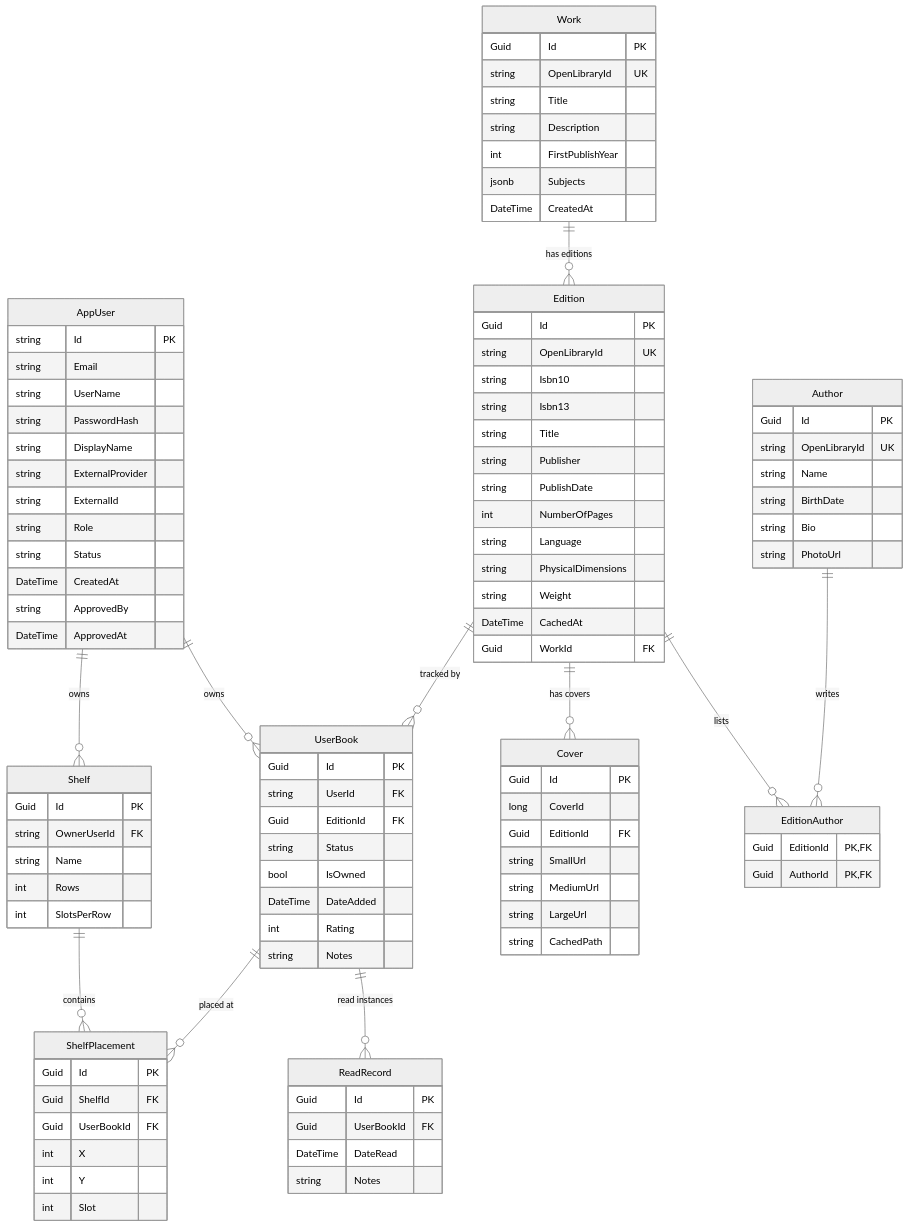
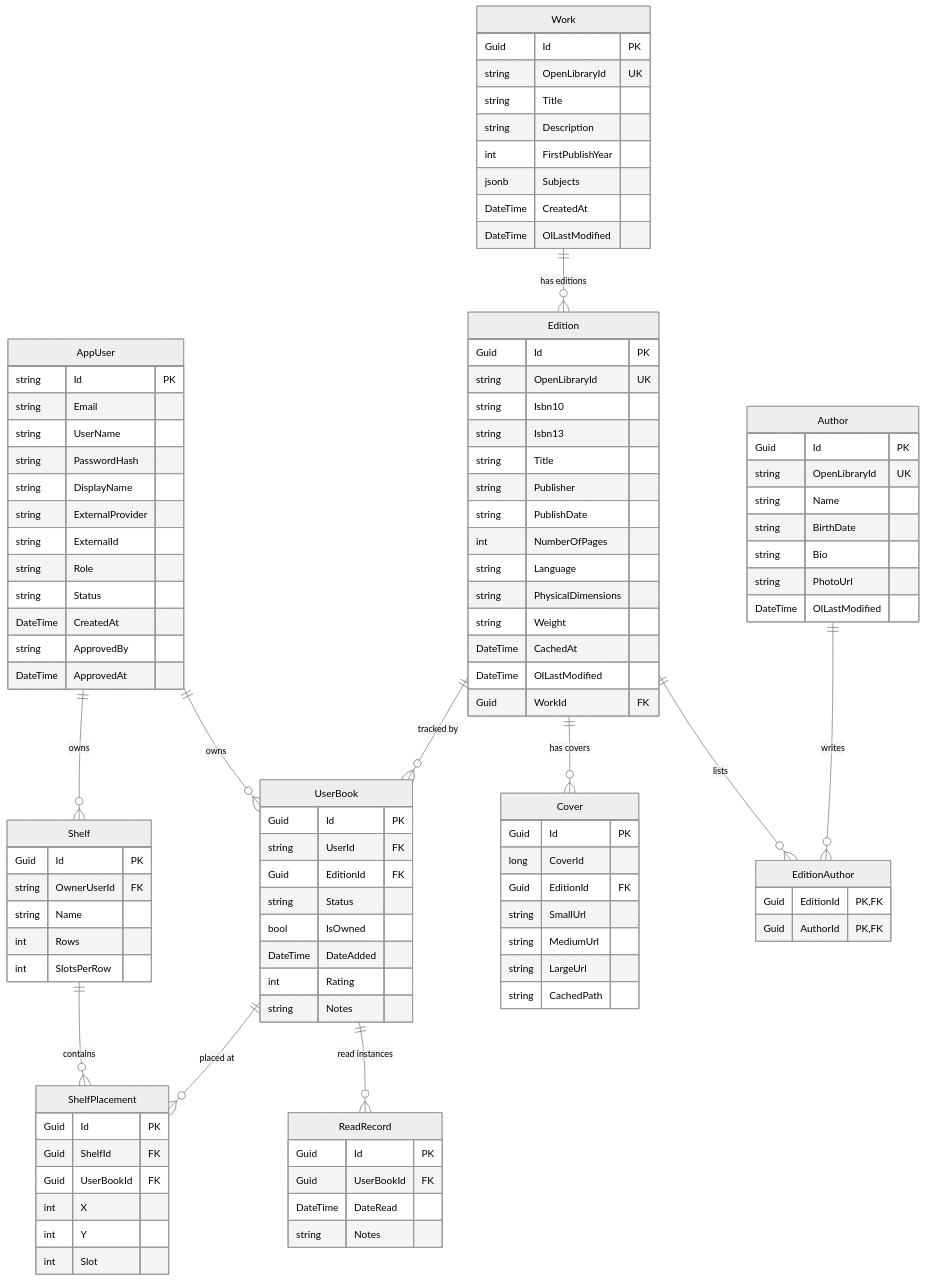
The diagram in docs/er-diagram.md (tobese/MyVirtualLibrary), drawn with Mermaid (neutral theme) before and after one commit. The commit also changed 29 other files, not shown here.

```diff
--- a/docs/er-diagram.md
+++ b/docs/er-diagram.md
@@ -38,6 +38,7 @@
         int      FirstPublishYear
         jsonb    Subjects
         DateTime CreatedAt
+        DateTime OlLastModified
     }
 
     Edition {
@@ -53,16 +54,18 @@
         string   PhysicalDimensions
         string   Weight
         DateTime CachedAt
+        DateTime OlLastModified
         Guid     WorkId FK
     }
 
     Author {
-        Guid   Id PK
-        string OpenLibraryId UK
-        string Name
-        string BirthDate
-        string Bio
-        string PhotoUrl
+        Guid     Id PK
+        string   OpenLibraryId UK
+        string   Name
+        string   BirthDate
+        string   Bio
+        string   PhotoUrl
+        DateTime OlLastModified
     }
 
     EditionAuthor {
```
